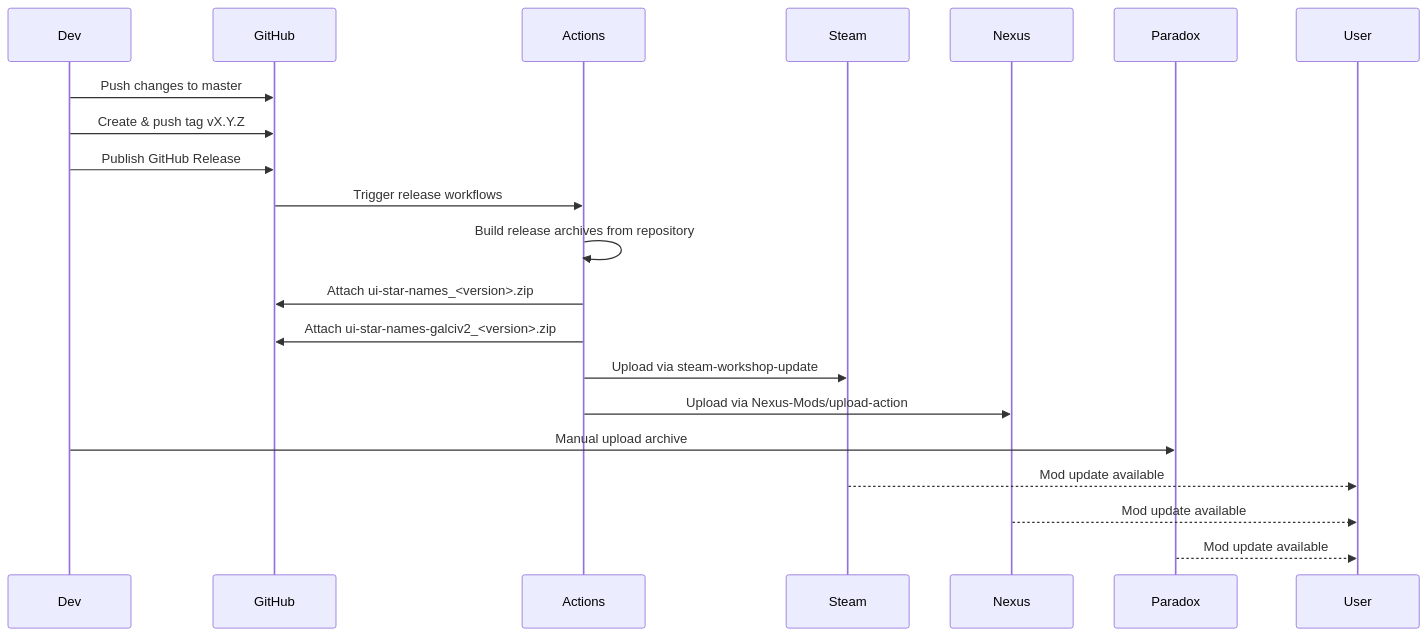
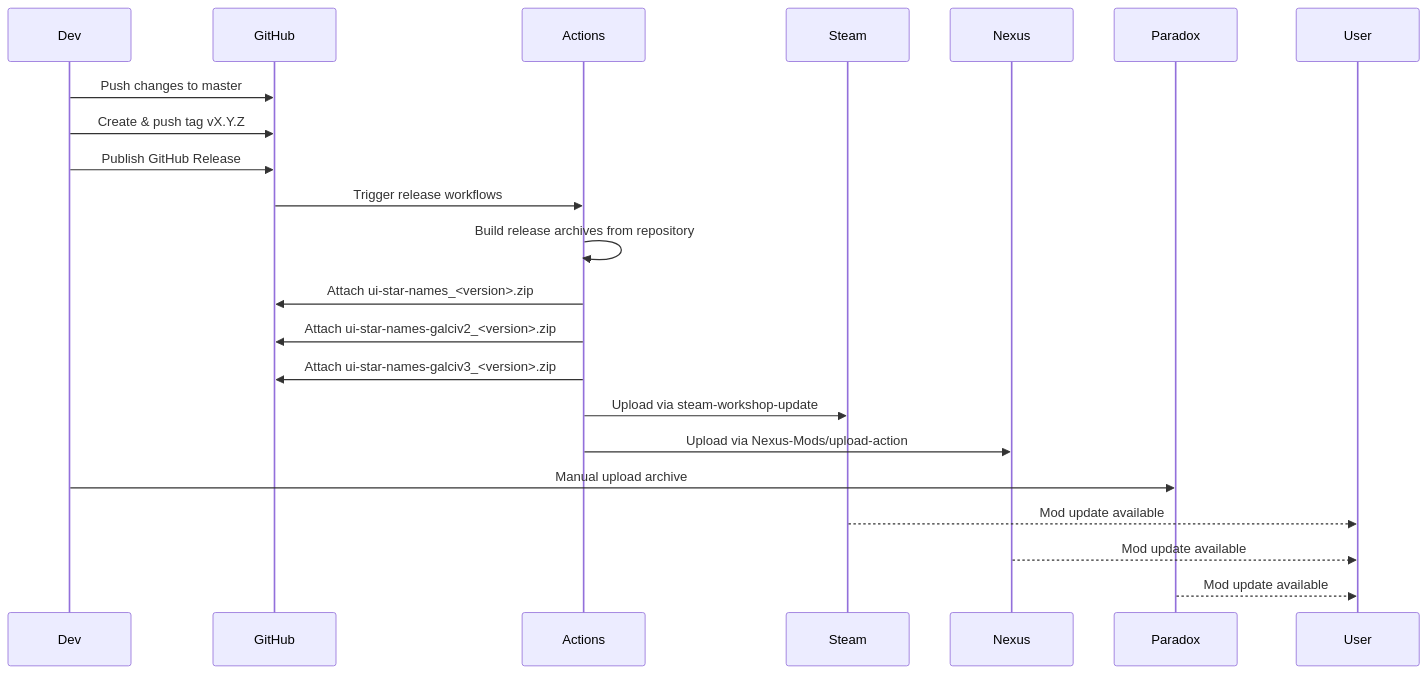
Before and after one commit to hmlendea/stellaris-ui-star-names: the diagram in docs/flows/release-and-distribution.md, drawn with Mermaid. The commit also changed other lines of this file and 14 other files, not shown here.

````diff
--- a/docs/flows/release-and-distribution.md
+++ b/docs/flows/release-and-distribution.md
@@ -9,23 +9,24 @@
 ```mermaid
 sequenceDiagram
     participant Dev
     participant GitHub
     participant Actions
     participant Steam
     participant Nexus
     participant Paradox
 
     Dev->>GitHub: Push changes to master
     Dev->>GitHub: Create & push tag vX.Y.Z
     Dev->>GitHub: Publish GitHub Release
     GitHub->>Actions: Trigger release workflows
     Actions->>Actions: Build release archives from repository
     Actions->>GitHub: Attach ui-star-names_<version>.zip
     Actions->>GitHub: Attach ui-star-names-galciv2_<version>.zip
+    Actions->>GitHub: Attach ui-star-names-galciv3_<version>.zip
     Actions->>Steam: Upload via steam-workshop-update
     Actions->>Nexus: Upload via Nexus-Mods/upload-action
     Dev->>Paradox: Manual upload archive
     Steam-->>User: Mod update available
     Nexus-->>User: Mod update available
     Paradox-->>User: Mod update available
 ```
````
